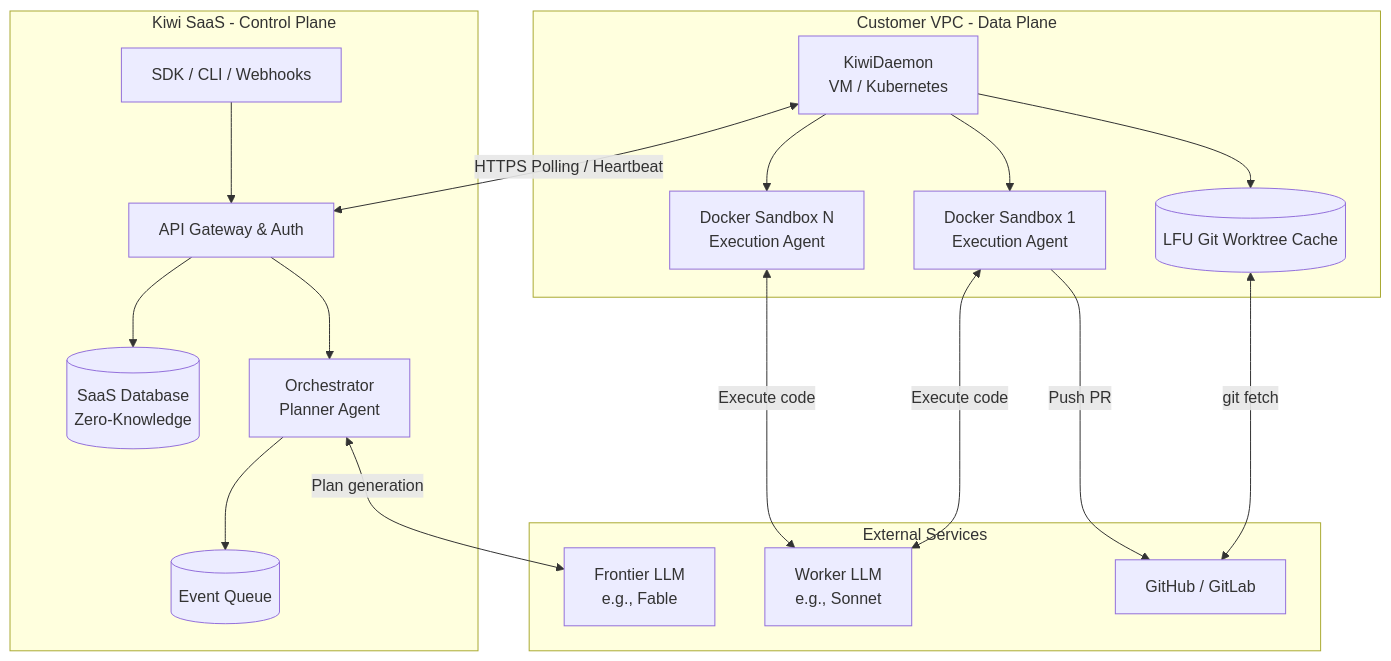
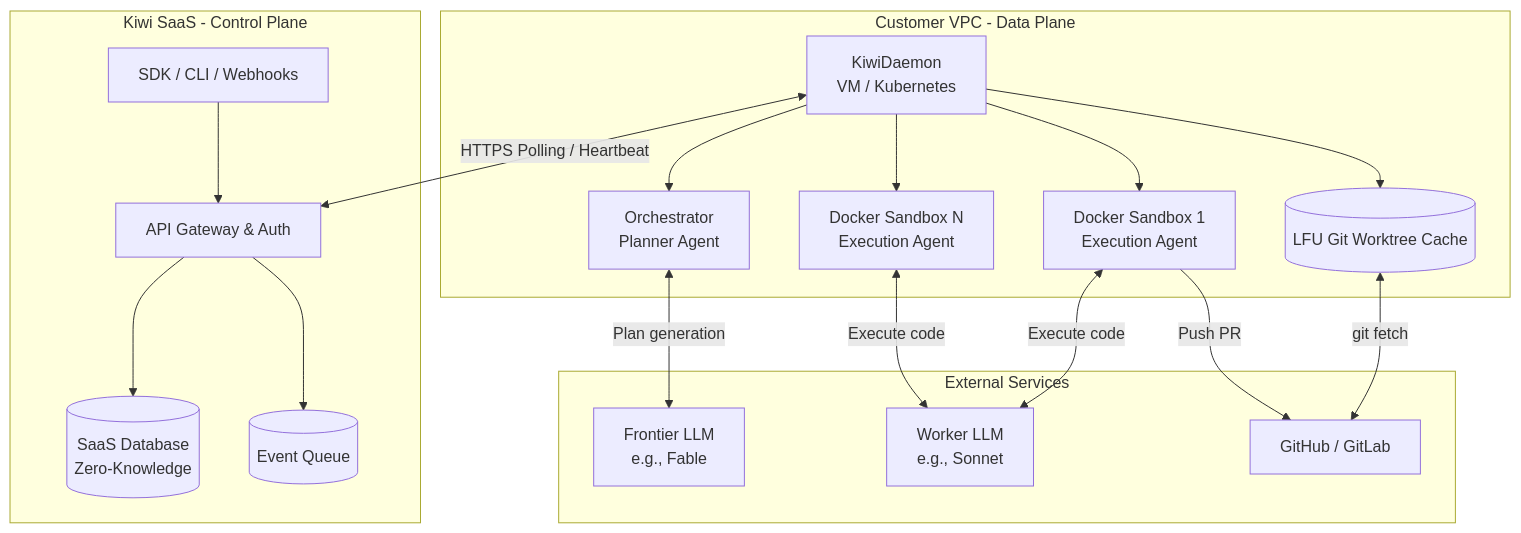
Before and after one commit to ibreakthecloud/kiwi: the first of 2 diagrams in docs/rfcs/2026-07-16-startup-byoc-platform-rfc.md, drawn with Mermaid. The commit also changed other lines of this file, not shown here.

Commit message:
docs: move planner to KD based on zero-knowledge constraints

````diff
--- a/docs/rfcs/2026-07-16-startup-byoc-platform-rfc.md
+++ b/docs/rfcs/2026-07-16-startup-byoc-platform-rfc.md
@@ -22,46 +22,44 @@
 ```mermaid
 graph TD
     subgraph SaaS[Kiwi SaaS - Control Plane]
         UI[SDK / CLI / Webhooks]
         API[API Gateway & Auth]
         DB[(SaaS Database<br>Zero-Knowledge)]
         Q[(Event Queue)]
-        Planner[Orchestrator<br>Planner Agent]
     end
 
     subgraph BYOC[Customer VPC - Data Plane]
         KD[KiwiDaemon<br>VM / Kubernetes]
+        Planner[Orchestrator<br>Planner Agent]
         Cache[(LFU Git Worktree Cache)]
         SB1[Docker Sandbox 1<br>Execution Agent]
         SB2[Docker Sandbox N<br>Execution Agent]
     end
 
     subgraph External[External Services]
         LLM_P[Frontier LLM<br>e.g., Fable]
         LLM_W[Worker LLM<br>e.g., Sonnet]
         VCS[GitHub / GitLab]
     end
 
     %% SaaS Internal
     UI --> API
-    API --> Planner
     API --> DB
-    Planner --> Q
-    
-    %% SaaS to External
-    Planner <-->|Plan generation| LLM_P
+    API --> Q
     
     %% Data Plane Internal
+    KD --> Planner
     KD --> Cache
     KD --> SB1
     KD --> SB2
     
     %% Data Plane to SaaS
     KD <-->|HTTPS Polling / Heartbeat| API
     
     %% Data Plane to External
+    Planner <-->|Plan generation| LLM_P
     SB1 <-->|Execute code| LLM_W
     SB2 <-->|Execute code| LLM_W
     Cache <-->|git fetch| VCS
     SB1 -->|Push PR| VCS
 ```
````
